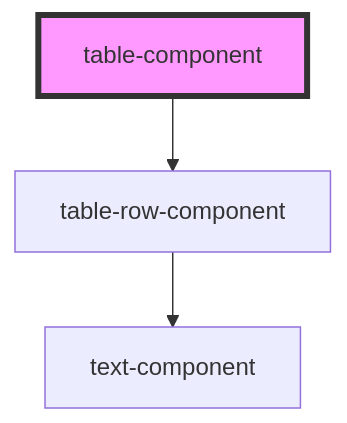
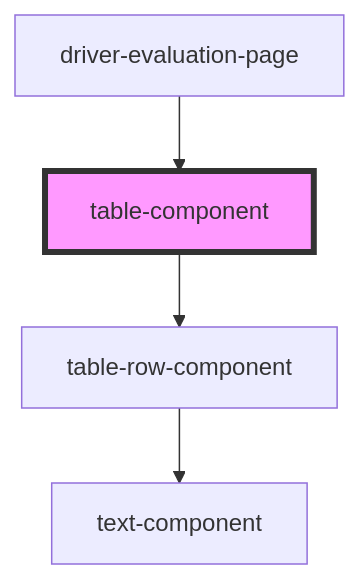
Before and after one commit to design-system-dev/scania-dev-test: the diagram in packages/components/src/components/table-component/readme.md, drawn with Mermaid. The commit also changed other lines of this file and 11 other files, not shown here.

Commit message:
feat(driver-evaluation-page): add table

````diff
--- a/packages/components/src/components/table-component/readme.md
+++ b/packages/components/src/components/table-component/readme.md
@@ -25,6 +29,7 @@
 ```mermaid
 graph TD;
   table-component --> table-row-component
   table-row-component --> text-component
+  driver-evaluation-page --> table-component
   style table-component fill:#f9f,stroke:#333,stroke-width:4px
 ```
````
